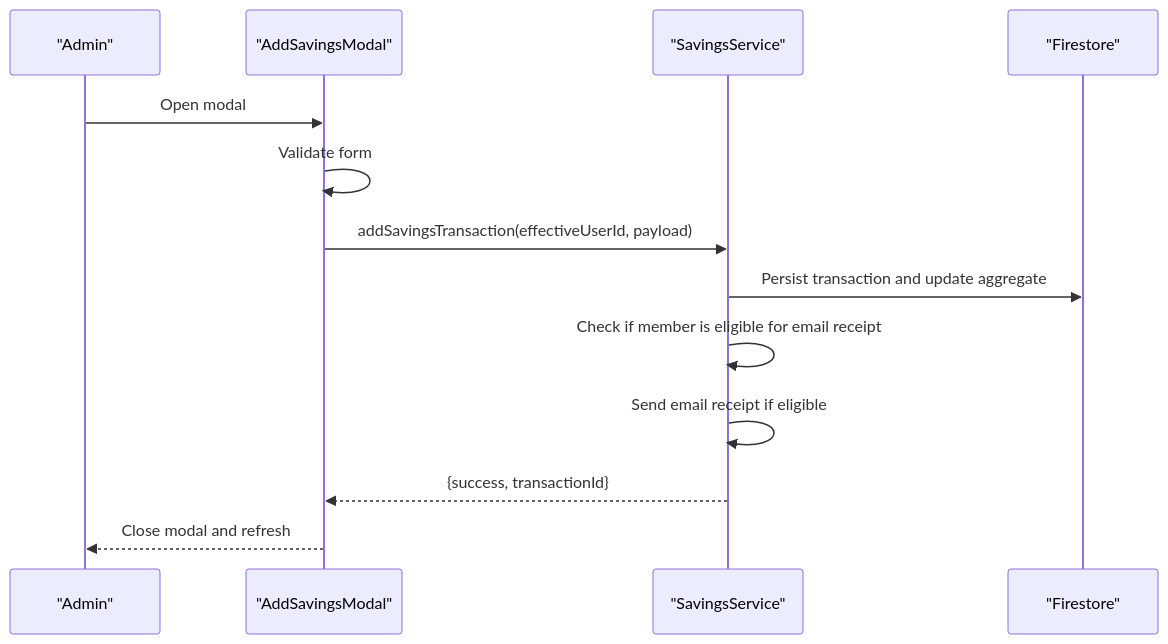
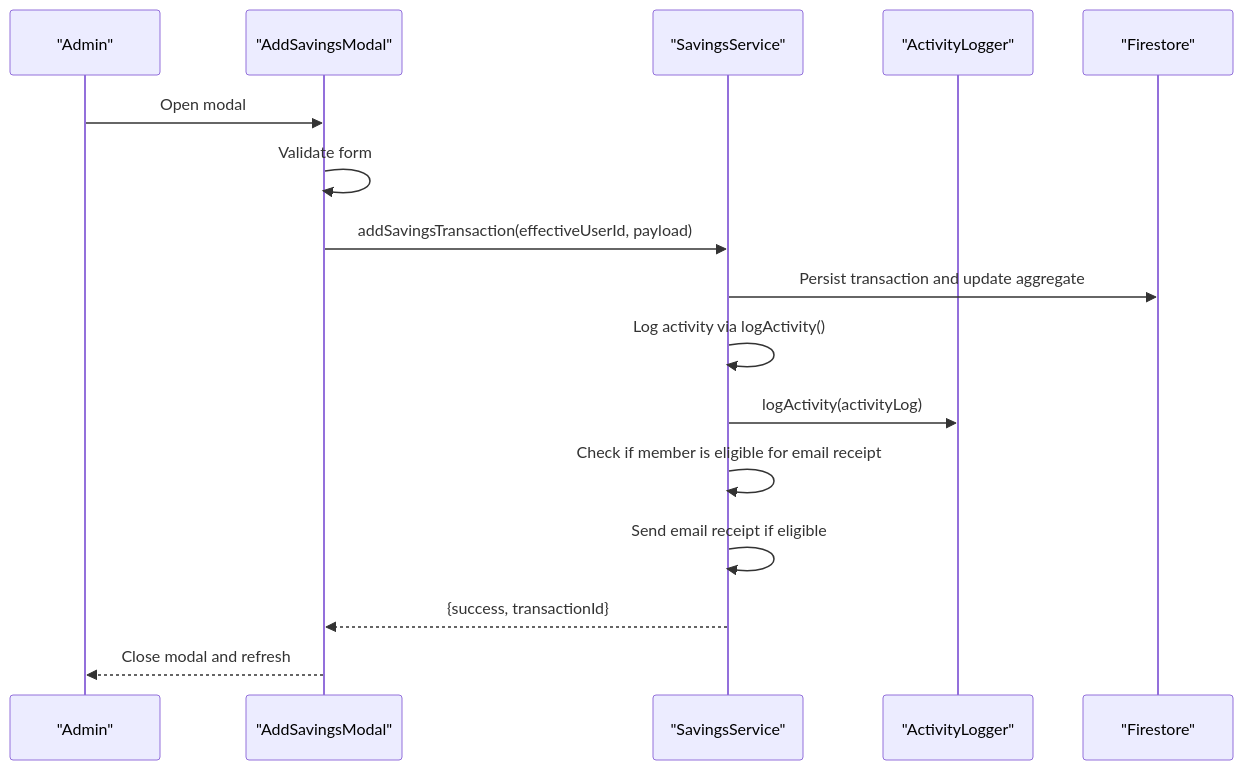
One commit to Unsure-bry/sampacoop_system changed the ninth of 20 diagrams in .qoder/repowiki/en/content/Savings Management System/Savings Management System.md. Above: the diagram before and after it, drawn with Mermaid. The commit also changed other lines of this file and 24 other files, not shown here.

````diff
--- a/.qoder/repowiki/en/content/Savings Management System/Savings Management System.md
+++ b/.qoder/repowiki/en/content/Savings Management System/Savings Management System.md
@@ -334,15 +423,18 @@
 ```mermaid
 sequenceDiagram
 participant A as "Admin"
 participant AM as "AddSavingsModal"
 participant SS as "SavingsService"
+participant AL as "ActivityLogger"
 participant FS as "Firestore"
 A->>AM : Open modal
 AM->>AM : Validate form
 AM->>SS : addSavingsTransaction(effectiveUserId, payload)
 SS->>FS : Persist transaction and update aggregate
+SS->>SS : Log activity via logActivity()
+SS->>AL : logActivity(activityLog)
 SS->>SS : Check if member is eligible for email receipt
 SS->>SS : Send email receipt if eligible
 SS-->>AM : {success, transactionId}
 AM-->>A : Close modal and refresh
 ```
````
